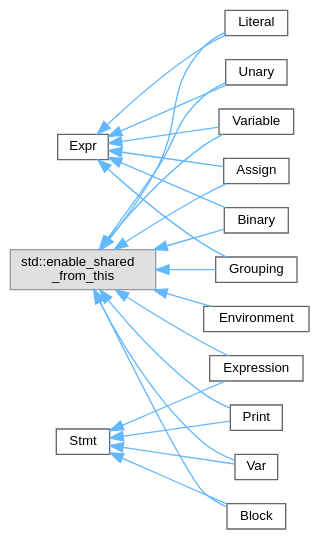
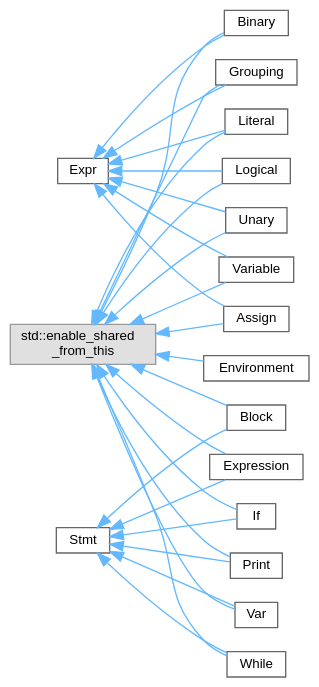
The diagram in inherit_graph_3.dot (helcsnewsxd/gsc-interpreter), drawn with Graphviz before and after one commit. The commit also changed 87 other files, not shown here.

```diff
--- a/inherit_graph_3.dot
+++ b/inherit_graph_3.dot
@@ -1,43 +1,52 @@
 digraph "Graphical Class Hierarchy"
 {
  // LATEX_PDF_SIZE
   bgcolor="transparent";
   edge [fontname=Helvetica,fontsize=10,labelfontname=Helvetica,labelfontsize=10];
   node [fontname=Helvetica,fontsize=10,shape=box,height=0.2,width=0.4];
   rankdir="LR";
   Node0 [id="Node000000",label="std::enable_shared\l_from_this",height=0.2,width=0.4,color="grey60", fillcolor="#E0E0E0", style="filled",tooltip=" "];
   Node0 -> Node1 [id="edge3_Node000000_Node000001",dir="back",color="steelblue1",style="solid",tooltip=" "];
   Node1 [id="Node000001",label="Assign",height=0.2,width=0.4,color="grey40", fillcolor="white", style="filled",URL="$classAssign.html",tooltip="Class representing an assignment expression."];
   Node0 -> Node3 [id="edge4_Node000000_Node000003",dir="back",color="steelblue1",style="solid",tooltip=" "];
   Node3 [id="Node000003",label="Binary",height=0.2,width=0.4,color="grey40", fillcolor="white", style="filled",URL="$classBinary.html",tooltip="Class representing a binary expression."];
-  Node0 -> Node8 [id="edge5_Node000000_Node000008",dir="back",color="steelblue1",style="solid",tooltip=" "];
-  Node8 [id="Node000008",label="Block",height=0.2,width=0.4,color="grey40", fillcolor="white", style="filled",URL="$classBlock.html",tooltip="Represents a block of statements."];
-  Node0 -> Node13 [id="edge6_Node000000_Node000013",dir="back",color="steelblue1",style="solid",tooltip=" "];
-  Node13 [id="Node000013",label="Environment",height=0.2,width=0.4,color="grey40", fillcolor="white", style="filled",URL="$classEnvironment.html",tooltip="Represents an environment for variable storage in the GSC interpreter."];
-  Node0 -> Node10 [id="edge7_Node000000_Node000010",dir="back",color="steelblue1",style="solid",tooltip=" "];
-  Node10 [id="Node000010",label="Expression",height=0.2,width=0.4,color="grey40", fillcolor="white", style="filled",URL="$classExpression.html",tooltip="Represents an expression statement."];
+  Node0 -> Node9 [id="edge5_Node000000_Node000009",dir="back",color="steelblue1",style="solid",tooltip=" "];
+  Node9 [id="Node000009",label="Block",height=0.2,width=0.4,color="grey40", fillcolor="white", style="filled",URL="$classBlock.html",tooltip="Represents a block of statements."];
+  Node0 -> Node16 [id="edge6_Node000000_Node000016",dir="back",color="steelblue1",style="solid",tooltip=" "];
+  Node16 [id="Node000016",label="Environment",height=0.2,width=0.4,color="grey40", fillcolor="white", style="filled",URL="$classEnvironment.html",tooltip="Represents an environment for variable storage in the GSC interpreter."];
+  Node0 -> Node11 [id="edge7_Node000000_Node000011",dir="back",color="steelblue1",style="solid",tooltip=" "];
+  Node11 [id="Node000011",label="Expression",height=0.2,width=0.4,color="grey40", fillcolor="white", style="filled",URL="$classExpression.html",tooltip="Represents an expression statement."];
   Node0 -> Node4 [id="edge8_Node000000_Node000004",dir="back",color="steelblue1",style="solid",tooltip=" "];
   Node4 [id="Node000004",label="Grouping",height=0.2,width=0.4,color="grey40", fillcolor="white", style="filled",URL="$classGrouping.html",tooltip="Class representing a grouping expression."];
-  Node0 -> Node5 [id="edge9_Node000000_Node000005",dir="back",color="steelblue1",style="solid",tooltip=" "];
+  Node0 -> Node12 [id="edge9_Node000000_Node000012",dir="back",color="steelblue1",style="solid",tooltip=" "];
+  Node12 [id="Node000012",label="If",height=0.2,width=0.4,color="grey40", fillcolor="white", style="filled",URL="$classIf.html",tooltip="Represents an if statement."];
+  Node0 -> Node5 [id="edge10_Node000000_Node000005",dir="back",color="steelblue1",style="solid",tooltip=" "];
   Node5 [id="Node000005",label="Literal",height=0.2,width=0.4,color="grey40", fillcolor="white", style="filled",URL="$classLiteral.html",tooltip="Class representing a literal expression."];
-  Node0 -> Node11 [id="edge10_Node000000_Node000011",dir="back",color="steelblue1",style="solid",tooltip=" "];
-  Node11 [id="Node000011",label="Print",height=0.2,width=0.4,color="grey40", fillcolor="white", style="filled",URL="$classPrint.html",tooltip="Represents a print statement."];
   Node0 -> Node6 [id="edge11_Node000000_Node000006",dir="back",color="steelblue1",style="solid",tooltip=" "];
-  Node6 [id="Node000006",label="Unary",height=0.2,width=0.4,color="grey40", fillcolor="white", style="filled",URL="$classUnary.html",tooltip="Class representing a unary expression."];
-  Node0 -> Node12 [id="edge12_Node000000_Node000012",dir="back",color="steelblue1",style="solid",tooltip=" "];
-  Node12 [id="Node000012",label="Var",height=0.2,width=0.4,color="grey40", fillcolor="white", style="filled",URL="$classVar.html",tooltip="Represents a variable declaration statement."];
+  Node6 [id="Node000006",label="Logical",height=0.2,width=0.4,color="grey40", fillcolor="white", style="filled",URL="$classLogical.html",tooltip="Class representing a logical expression."];
+  Node0 -> Node13 [id="edge12_Node000000_Node000013",dir="back",color="steelblue1",style="solid",tooltip=" "];
+  Node13 [id="Node000013",label="Print",height=0.2,width=0.4,color="grey40", fillcolor="white", style="filled",URL="$classPrint.html",tooltip="Represents a print statement."];
   Node0 -> Node7 [id="edge13_Node000000_Node000007",dir="back",color="steelblue1",style="solid",tooltip=" "];
-  Node7 [id="Node000007",label="Variable",height=0.2,width=0.4,color="grey40", fillcolor="white", style="filled",URL="$classVariable.html",tooltip="Class representing a variable expression."];
+  Node7 [id="Node000007",label="Unary",height=0.2,width=0.4,color="grey40", fillcolor="white", style="filled",URL="$classUnary.html",tooltip="Class representing a unary expression."];
+  Node0 -> Node14 [id="edge14_Node000000_Node000014",dir="back",color="steelblue1",style="solid",tooltip=" "];
+  Node14 [id="Node000014",label="Var",height=0.2,width=0.4,color="grey40", fillcolor="white", style="filled",URL="$classVar.html",tooltip="Represents a variable declaration statement."];
+  Node0 -> Node8 [id="edge15_Node000000_Node000008",dir="back",color="steelblue1",style="solid",tooltip=" "];
+  Node8 [id="Node000008",label="Variable",height=0.2,width=0.4,color="grey40", fillcolor="white", style="filled",URL="$classVariable.html",tooltip="Class representing a variable expression."];
+  Node0 -> Node15 [id="edge16_Node000000_Node000015",dir="back",color="steelblue1",style="solid",tooltip=" "];
+  Node15 [id="Node000015",label="While",height=0.2,width=0.4,color="grey40", fillcolor="white", style="filled",URL="$classWhile.html",tooltip=" "];
   Node2 [id="Node000002",label="Expr",height=0.2,width=0.4,color="grey40", fillcolor="white", style="filled",URL="$classExpr.html",tooltip="Abstract base class for expressions."];
-  Node2 -> Node1 [id="edge14_Node000002_Node000001",dir="back",color="steelblue1",style="solid",tooltip=" "];
-  Node2 -> Node3 [id="edge15_Node000002_Node000003",dir="back",color="steelblue1",style="solid",tooltip=" "];
-  Node2 -> Node4 [id="edge16_Node000002_Node000004",dir="back",color="steelblue1",style="solid",tooltip=" "];
-  Node2 -> Node5 [id="edge17_Node000002_Node000005",dir="back",color="steelblue1",style="solid",tooltip=" "];
-  Node2 -> Node6 [id="edge18_Node000002_Node000006",dir="back",color="steelblue1",style="solid",tooltip=" "];
-  Node2 -> Node7 [id="edge19_Node000002_Node000007",dir="back",color="steelblue1",style="solid",tooltip=" "];
-  Node9 [id="Node000009",label="Stmt",height=0.2,width=0.4,color="grey40", fillcolor="white", style="filled",URL="$classStmt.html",tooltip="Abstract base class for statements."];
-  Node9 -> Node8 [id="edge20_Node000009_Node000008",dir="back",color="steelblue1",style="solid",tooltip=" "];
-  Node9 -> Node10 [id="edge21_Node000009_Node000010",dir="back",color="steelblue1",style="solid",tooltip=" "];
-  Node9 -> Node11 [id="edge22_Node000009_Node000011",dir="back",color="steelblue1",style="solid",tooltip=" "];
-  Node9 -> Node12 [id="edge23_Node000009_Node000012",dir="back",color="steelblue1",style="solid",tooltip=" "];
+  Node2 -> Node1 [id="edge17_Node000002_Node000001",dir="back",color="steelblue1",style="solid",tooltip=" "];
+  Node2 -> Node3 [id="edge18_Node000002_Node000003",dir="back",color="steelblue1",style="solid",tooltip=" "];
+  Node2 -> Node4 [id="edge19_Node000002_Node000004",dir="back",color="steelblue1",style="solid",tooltip=" "];
+  Node2 -> Node5 [id="edge20_Node000002_Node000005",dir="back",color="steelblue1",style="solid",tooltip=" "];
+  Node2 -> Node6 [id="edge21_Node000002_Node000006",dir="back",color="steelblue1",style="solid",tooltip=" "];
+  Node2 -> Node7 [id="edge22_Node000002_Node000007",dir="back",color="steelblue1",style="solid",tooltip=" "];
+  Node2 -> Node8 [id="edge23_Node000002_Node000008",dir="back",color="steelblue1",style="solid",tooltip=" "];
+  Node10 [id="Node000010",label="Stmt",height=0.2,width=0.4,color="grey40", fillcolor="white", style="filled",URL="$classStmt.html",tooltip="Abstract base class for statements."];
+  Node10 -> Node9 [id="edge24_Node000010_Node000009",dir="back",color="steelblue1",style="solid",tooltip=" "];
+  Node10 -> Node11 [id="edge25_Node000010_Node000011",dir="back",color="steelblue1",style="solid",tooltip=" "];
+  Node10 -> Node12 [id="edge26_Node000010_Node000012",dir="back",color="steelblue1",style="solid",tooltip=" "];
+  Node10 -> Node13 [id="edge27_Node000010_Node000013",dir="back",color="steelblue1",style="solid",tooltip=" "];
+  Node10 -> Node14 [id="edge28_Node000010_Node000014",dir="back",color="steelblue1",style="solid",tooltip=" "];
+  Node10 -> Node15 [id="edge29_Node000010_Node000015",dir="back",color="steelblue1",style="solid",tooltip=" "];
 }
```
